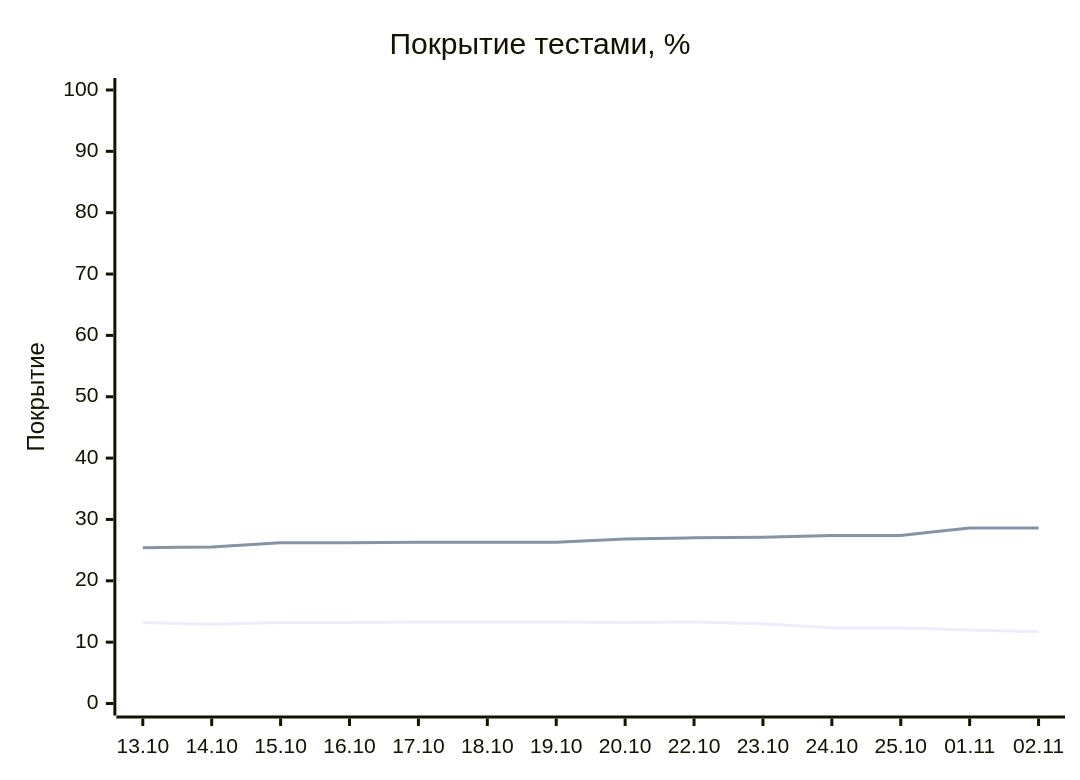
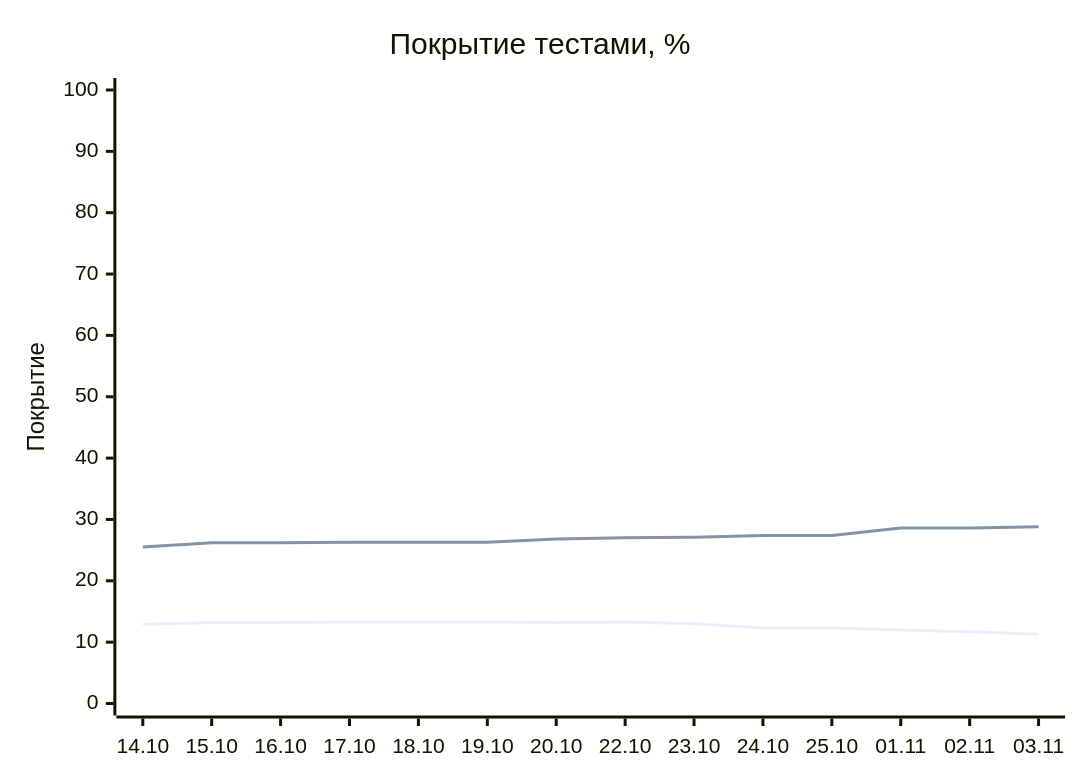
The diagram in README.md (EvgeniBondarev/coverage-report), drawn with Mermaid before and after one commit. The commit also changed other lines of this file and 3352 other files, not shown here.

````diff
--- a/README.md
+++ b/README.md
@@ -19,8 +19,8 @@
 ```mermaid
 xychart-beta
     title "Покрытие тестами, %"
-    x-axis ["13.10", "14.10", "15.10", "16.10", "17.10", "18.10", "19.10", "20.10", "22.10", "23.10", "24.10", "25.10", "01.11", "02.11"]
+    x-axis ["14.10", "15.10", "16.10", "17.10", "18.10", "19.10", "20.10", "22.10", "23.10", "24.10", "25.10", "01.11", "02.11", "03.11"]
     y-axis "Покрытие" 0 --> 100
-    line [13.2, 12.9, 13.2, 13.2, 13.3, 13.3, 13.3, 13.2, 13.3, 13, 12.3, 12.3, 12, 11.7]
-    line [25.4, 25.5, 26.2, 26.2, 26.3, 26.3, 26.3, 26.8, 27, 27.1, 27.4, 27.4, 28.6, 28.6]
+    line [12.9, 13.2, 13.2, 13.3, 13.3, 13.3, 13.2, 13.3, 13, 12.3, 12.3, 12, 11.7, 11.3]
+    line [25.5, 26.2, 26.2, 26.3, 26.3, 26.3, 26.8, 27, 27.1, 27.4, 27.4, 28.6, 28.6, 28.8]
 ```
````
